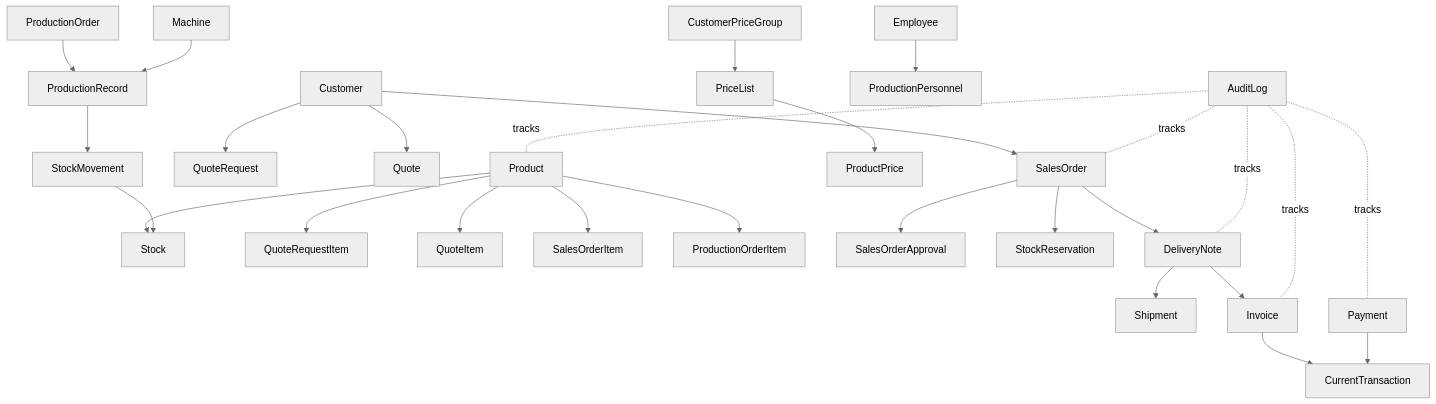
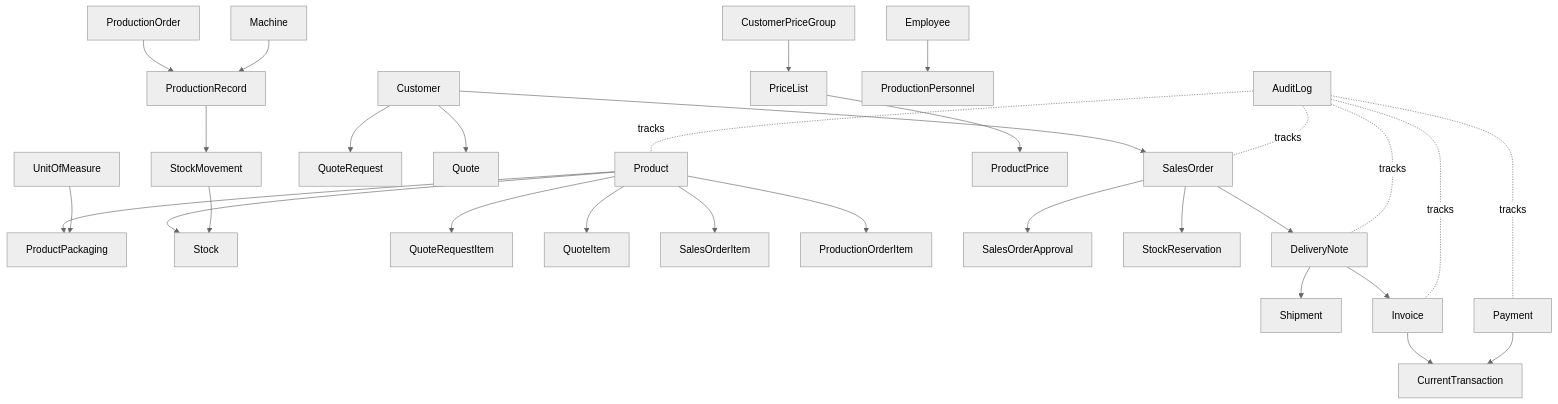
One commit to Huseyincansagir/OKM-Pro-Plus changed the diagram in docs/02-architecture/00-domain-model.md. Above: the diagram before and after it, drawn with Mermaid (neutral theme). The commit also changed other lines of this file and 21 other files, not shown here.

````diff
--- a/docs/02-architecture/00-domain-model.md
+++ b/docs/02-architecture/00-domain-model.md
@@ -49,30 +49,32 @@
 ```mermaid
 flowchart TD
+  Product --> ProductPackaging
+  UnitOfMeasure --> ProductPackaging
   Product --> Stock
   Product --> QuoteRequestItem
   Product --> QuoteItem
   Product --> SalesOrderItem
   Product --> ProductionOrderItem
   Customer --> QuoteRequest
   Customer --> Quote
   Customer --> SalesOrder
   SalesOrder --> SalesOrderApproval
   SalesOrder --> StockReservation
   SalesOrder --> DeliveryNote
   DeliveryNote --> Shipment
   DeliveryNote --> Invoice
   Invoice --> CurrentTransaction
   PriceList --> ProductPrice
   CustomerPriceGroup --> PriceList
   Payment --> CurrentTransaction
   ProductionOrder --> ProductionRecord
   Machine --> ProductionRecord
   Employee --> ProductionPersonnel
   ProductionRecord --> StockMovement
   StockMovement --> Stock
   AuditLog -.tracks.- Product
   AuditLog -.tracks.- SalesOrder
   AuditLog -.tracks.- DeliveryNote
   AuditLog -.tracks.- Invoice
   AuditLog -.tracks.- Payment
 ```
````
